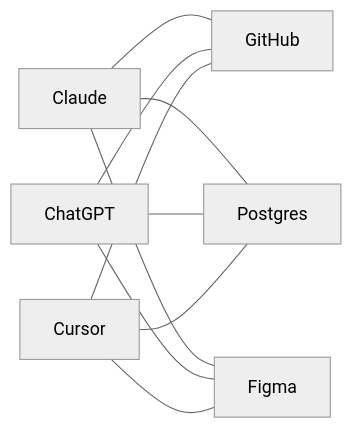
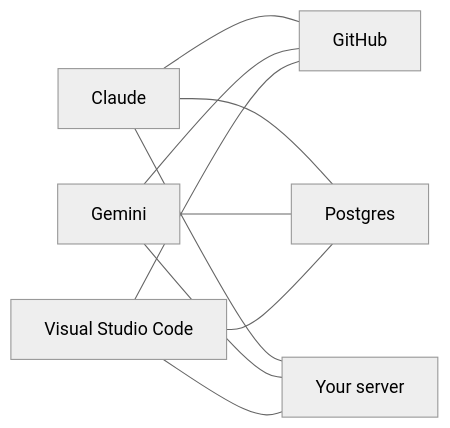
One commit to fb-talks/generative-ui changed the first of 3 diagrams in decks/06-what-is-mcp.md. Above: the diagram before and after it, drawn with Mermaid (neutral theme). The commit also changed other lines of this file and 7 other files, not shown here.

````diff
--- a/decks/06-what-is-mcp.md
+++ b/decks/06-what-is-mcp.md
@@ -19,12 +19,12 @@
 ```mermaid
 flowchart LR
   A[Claude] --- X1[GitHub]
   A --- X2[Postgres]
-  A --- X3[Figma]
-  B[ChatGPT] --- X1
+  A --- X3[Your server]
+  B[Gemini] --- X1
   B --- X2
   B --- X3
-  C[Cursor] --- X1
+  C[Visual Studio Code] --- X1
   C --- X2
   C --- X3
 ```
````
